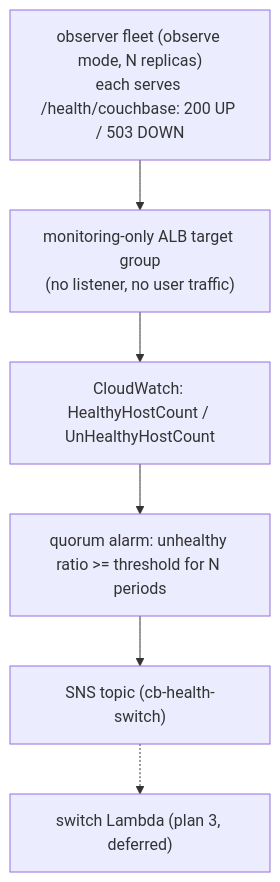
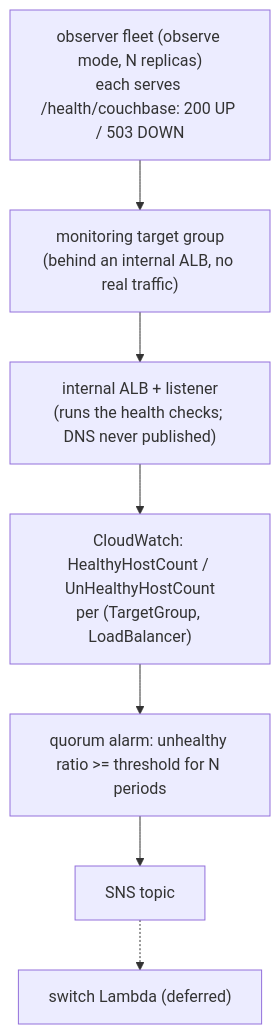
Before and after one commit to couchbase-ps/couchbase-health-observer: the diagram in deploy/aws/README.md, drawn with Mermaid. The commit also changed other lines of this file and 7 other files, not shown here.

First line of the commit message:
🐛(aws) #4: attach internal ALB + listener; key the alarm by (TargetGroup, LoadBalancer)

````diff
--- a/deploy/aws/README.md
+++ b/deploy/aws/README.md
@@ -11,8 +11,9 @@
 ```mermaid
 flowchart TD
-  F["observer fleet (observe mode, N replicas)<br/>each serves /health/couchbase: 200 UP / 503 DOWN"] --> TG["monitoring-only ALB target group<br/>(no listener, no user traffic)"]
-  TG --> CW["CloudWatch: HealthyHostCount / UnHealthyHostCount"]
+  F["observer fleet (observe mode, N replicas)<br/>each serves /health/couchbase: 200 UP / 503 DOWN"] --> TG["monitoring target group<br/>(behind an internal ALB, no real traffic)"]
+  TG --> ALB["internal ALB + listener<br/>(runs the health checks; DNS never published)"]
+  ALB --> CW["CloudWatch: HealthyHostCount / UnHealthyHostCount<br/>per (TargetGroup, LoadBalancer)"]
   CW --> AL["quorum alarm: unhealthy ratio >= threshold for N periods"]
-  AL --> SNS["SNS topic (cb-health-switch)"]
-  SNS -.-> L["switch Lambda (plan 3, deferred)"]
+  AL --> SNS["SNS topic"]
+  SNS -.-> L["switch Lambda (deferred)"]
 ```
````
